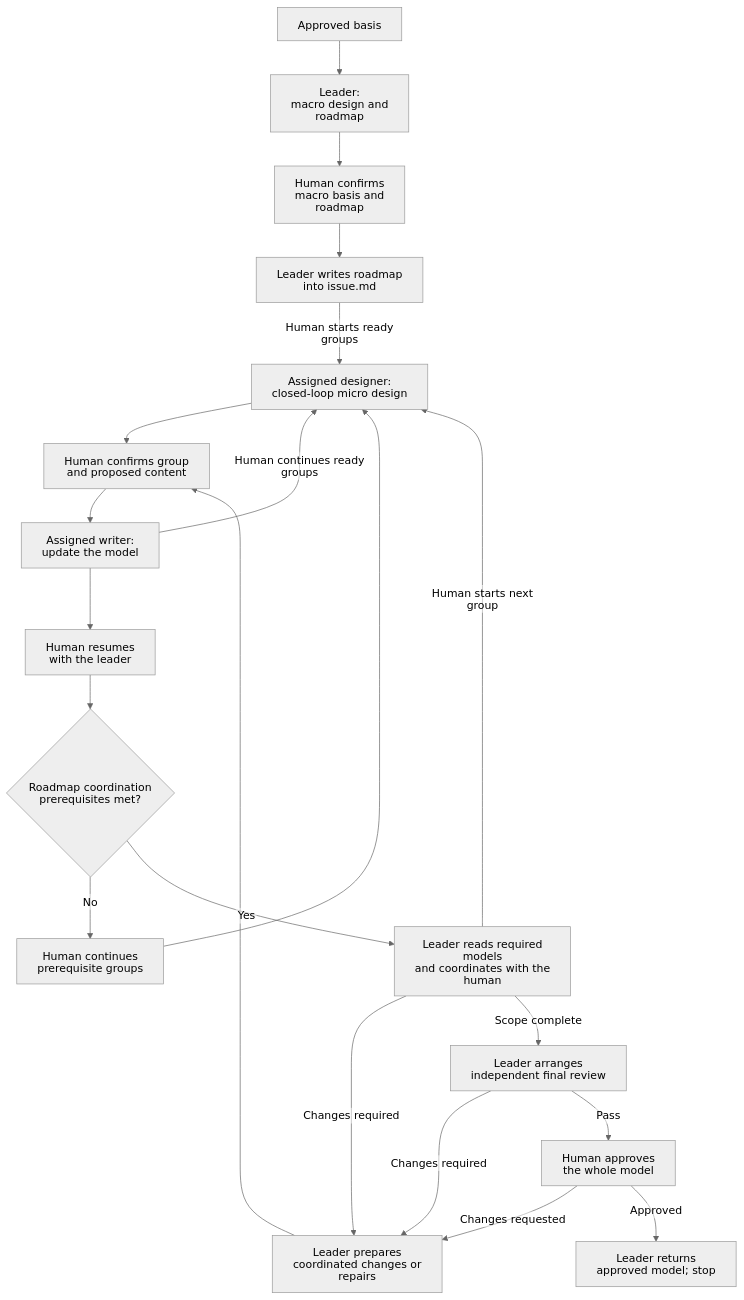
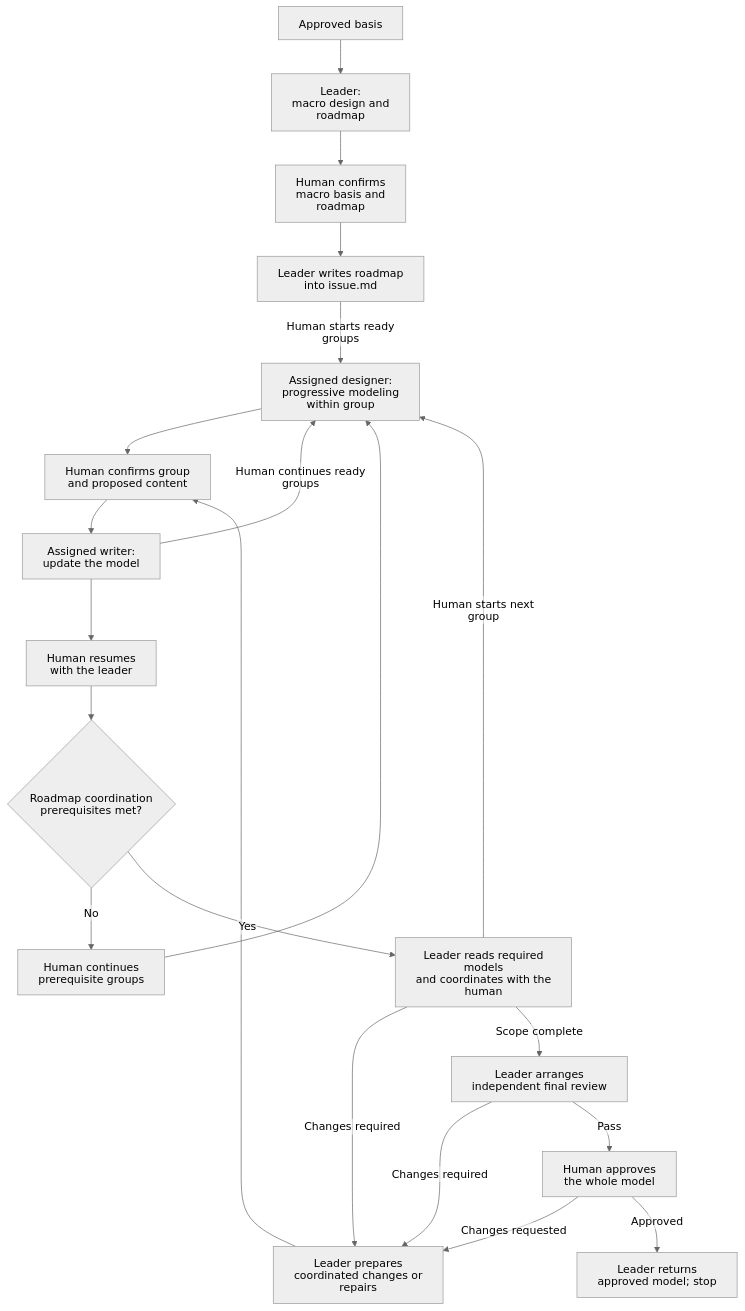
Before and after one commit to jidibinlin/clarity-skills: the diagram in clarify-technical-design/SKILL.md, drawn with Mermaid (neutral theme). The commit also changed other lines of this file and 1 other file, not shown here.

First line of the commit message:
refactor: integrate progressive modeling guidance

````diff
--- a/clarify-technical-design/SKILL.md
+++ b/clarify-technical-design/SKILL.md
@@ -75,24 +75,24 @@
 ```mermaid
 %%{init: {"htmlLabels": false}}%%
 flowchart TD
     A["Approved basis"] --> B["Leader:<br/>macro design and roadmap"]
     B --> C["Human confirms<br/>macro basis and roadmap"]
     C --> R["Leader writes roadmap<br/>into issue.md"]
-    R -->|Human starts ready groups| D["Assigned designer:<br/>closed-loop micro design"]
+    R -->|Human starts ready groups| D["Assigned designer:<br/>progressive modeling within group"]
     D --> E["Human confirms group<br/>and proposed content"]
     E --> F["Assigned writer:<br/>update the model"]
     F -->|Human continues ready groups| D
     F --> U["Human resumes<br/>with the leader"]
     U --> Q{"Roadmap coordination<br/>prerequisites met?"}
     Q -->|No| V["Human continues<br/>prerequisite groups"]
     V --> D
     Q -->|Yes| K["Leader reads required models<br/>and coordinates with the human"]
     K -->|Changes required| H
     K -->|Human starts next group| D
     K -->|Scope complete| G["Leader arranges<br/>independent final review"]
     G -->|Changes required| H["Leader prepares<br/>coordinated changes or repairs"]
     H --> E
     G -->|Pass| I["Human approves<br/>the whole model"]
     I -->|Changes requested| H
     I -->|Approved| J["Leader returns<br/>approved model; stop"]
 ```
````
